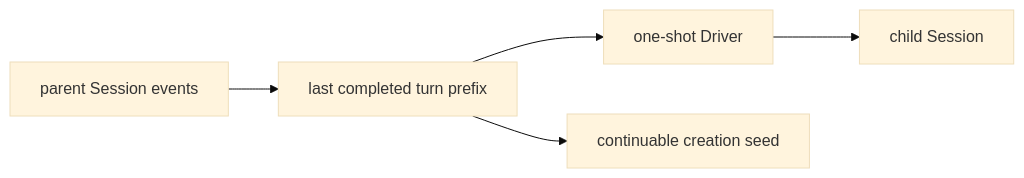
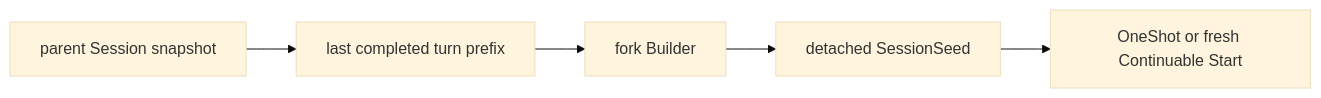
Before and after one commit to gorenx/goren: the diagram in subagent/fork/README.zh-CN.md, drawn with Mermaid (base theme). The commit also changed other lines of this file and 36 other files, not shown here.

````diff
--- a/subagent/fork/README.zh-CN.md
+++ b/subagent/fork/README.zh-CN.md
@@ -5,7 +5,7 @@
 ```mermaid
 flowchart LR
-    Parent[parent Session events] --> Prefix[last completed turn prefix]
-    Prefix --> Driver[one-shot Driver]
-    Prefix --> Continuation[continuable creation seed]
-    Driver --> Child[child Session]
+    Parent[parent Session snapshot] --> Prefix[last completed turn prefix]
+    Prefix --> Builder[fork Builder]
+    Builder --> Seed[detached SessionSeed]
+    Seed --> Start[OneShot or fresh Continuable Start]
 ```
````
